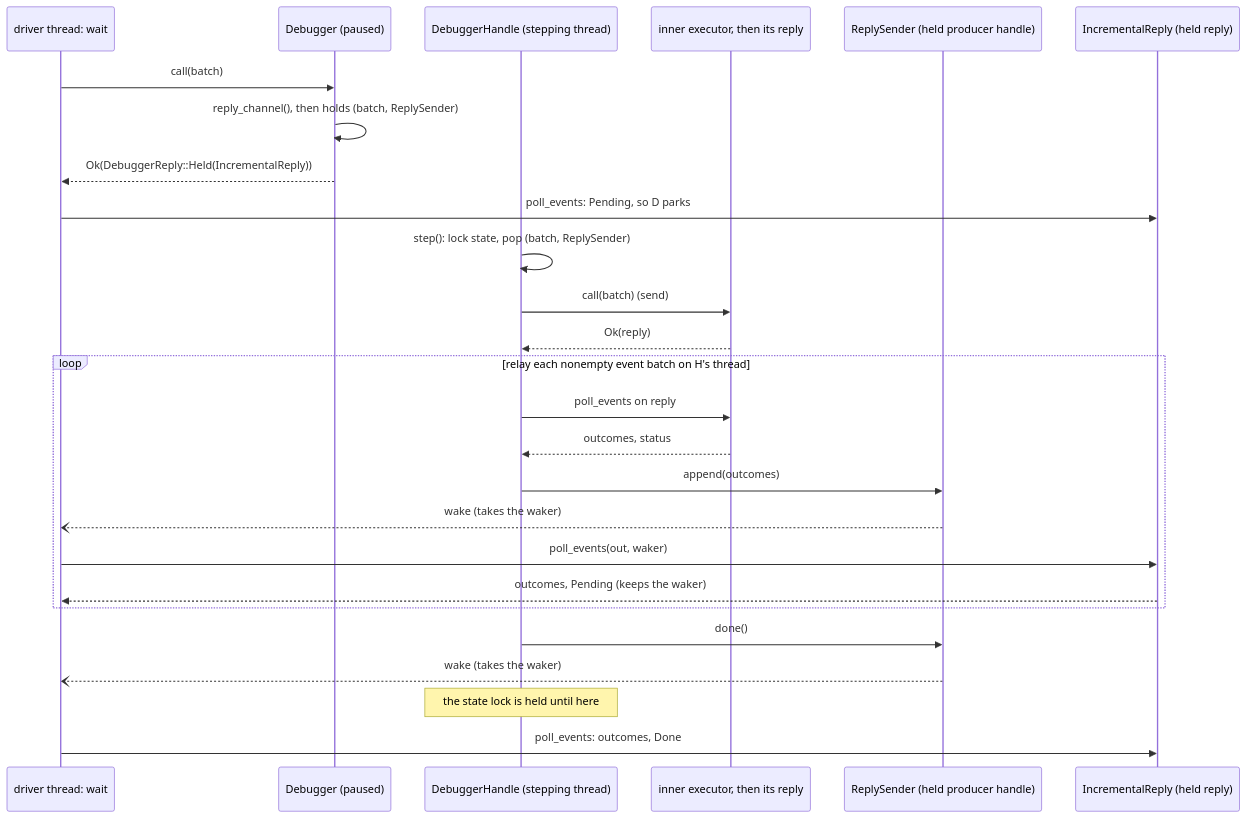
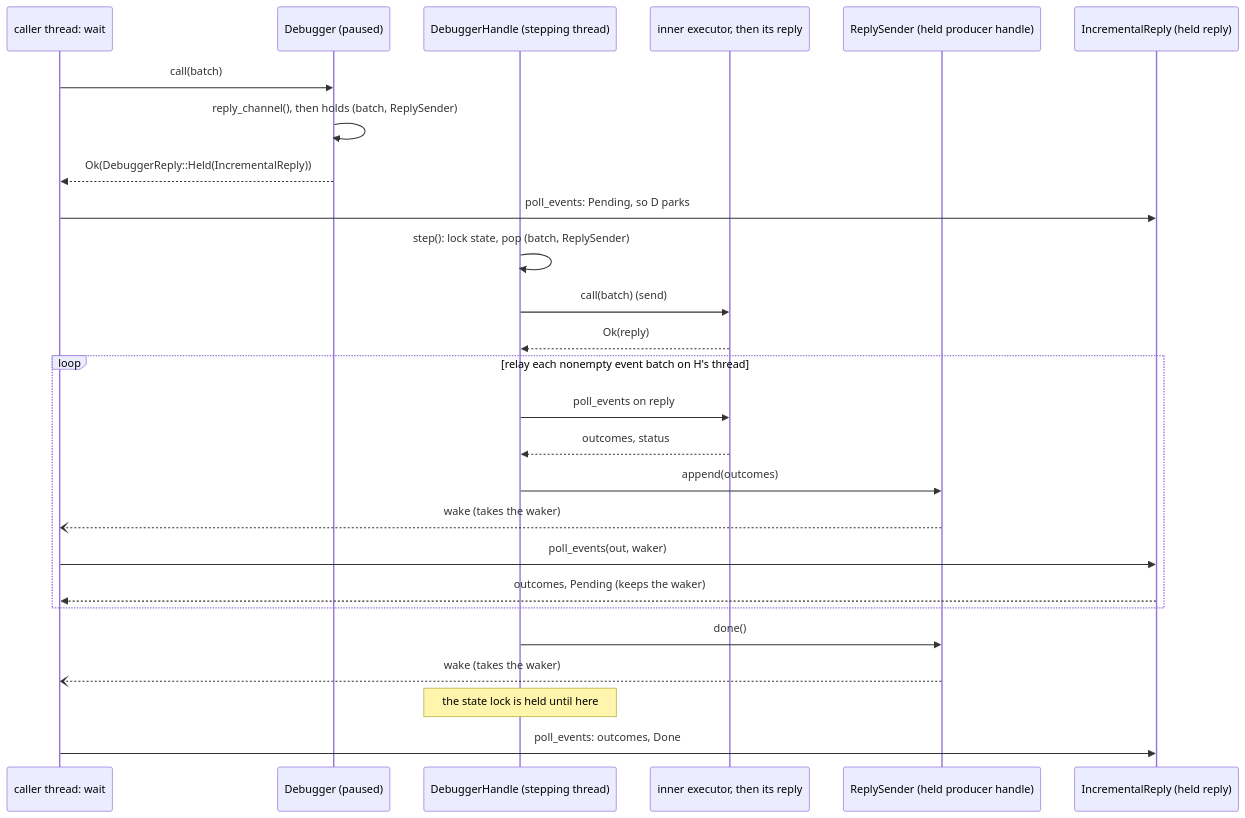
The second of 2 diagrams in source/executor_protocol/docs/guides.md (microsoft/qdk), drawn with Mermaid before and after one commit. The commit also changed other lines of this file and 64 other files, not shown here.

````diff
--- a/source/executor_protocol/docs/guides.md
+++ b/source/executor_protocol/docs/guides.md
@@ -470,28 +472,28 @@
 ```mermaid
 sequenceDiagram
-  participant D as driver thread: wait
+  participant D as caller thread: wait
   participant G as Debugger (paused)
   participant H as DebuggerHandle (stepping thread)
   participant T as inner executor, then its reply
   participant C as ReplySender (held producer handle)
   participant I as IncrementalReply (held reply)
   D->>G: call(batch)
   G->>G: reply_channel(), then holds (batch, ReplySender)
   G-->>D: Ok(DebuggerReply::Held(IncrementalReply))
   D->>I: poll_events: Pending, so D parks
   H->>H: step(): lock state, pop (batch, ReplySender)
   H->>T: call(batch) (send)
   T-->>H: Ok(reply)
   loop relay each nonempty event batch on H's thread
     H->>T: poll_events on reply
     T-->>H: outcomes, status
     H->>C: append(outcomes)
     C--)D: wake (takes the waker)
     D->>I: poll_events(out, waker)
     I-->>D: outcomes, Pending (keeps the waker)
   end
   H->>C: done()
   C--)D: wake (takes the waker)
   Note over H: the state lock is held until here
   D->>I: poll_events: outcomes, Done
 ```
````
